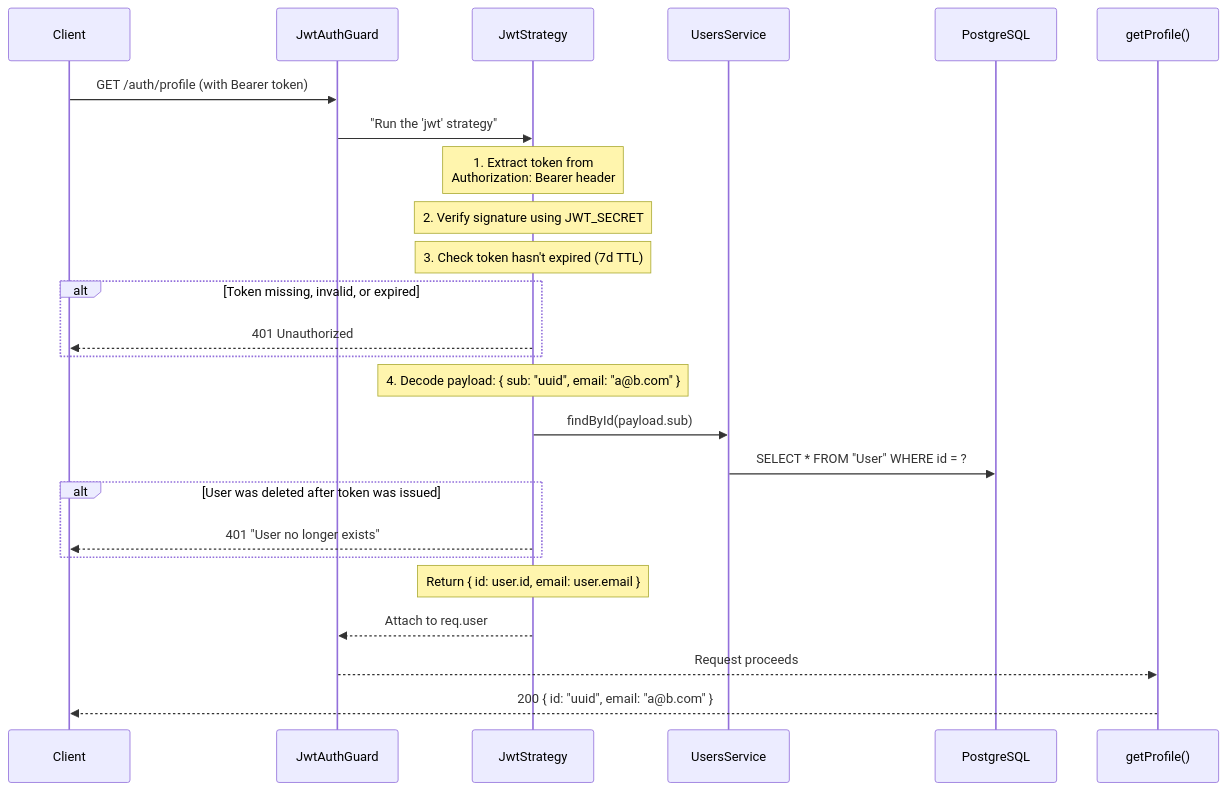
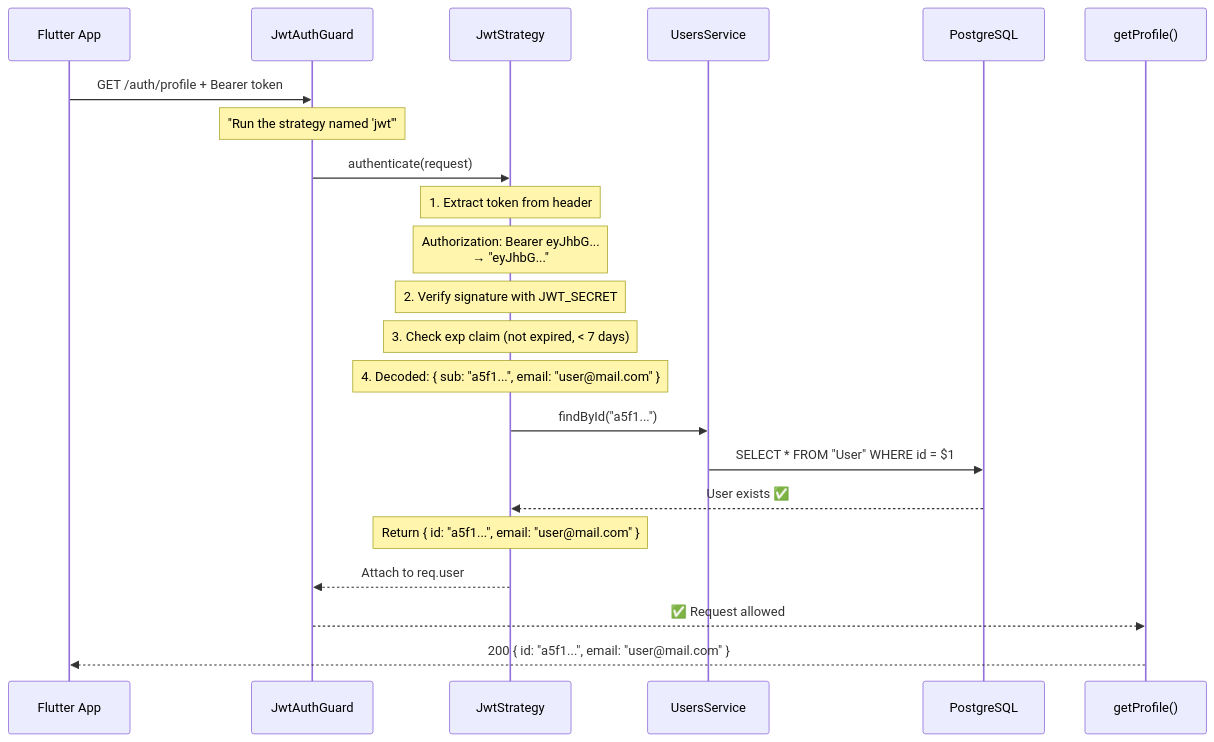
One commit to Mtigunit/music-room changed the fifth of 6 diagrams in backend/docs/auth_walkthrough.md. Above: the diagram before and after it, drawn with Mermaid. The commit also changed other lines of this file and 16 other files, not shown here.

First line of the commit message:
feat(auth): add email OTP verification before registration

````diff
--- a/backend/docs/auth_walkthrough.md
+++ b/backend/docs/auth_walkthrough.md
@@ -151,33 +410,33 @@
 ```mermaid
 sequenceDiagram
-    participant Client
+    participant Client as Flutter App
     participant Guard as JwtAuthGuard
     participant Strategy as JwtStrategy
     participant Users as UsersService
     participant DB as PostgreSQL
     participant Handler as getProfile()
 
-    Client->>Guard: GET /auth/profile (with Bearer token)
-    Guard->>Strategy: "Run the 'jwt' strategy"
-    
-    Note over Strategy: 1. Extract token from<br/>Authorization: Bearer header
-    Note over Strategy: 2. Verify signature using JWT_SECRET
-    Note over Strategy: 3. Check token hasn't expired (7d TTL)
-    
-    alt Token missing, invalid, or expired
-        Strategy-->>Client: 401 Unauthorized
-    end
-    
-    Note over Strategy: 4. Decode payload: { sub: "uuid", email: "a@b.com" }
-    Strategy->>Users: findById(payload.sub)
-    Users->>DB: SELECT * FROM "User" WHERE id = ?
-    
-    alt User was deleted after token was issued
-        Strategy-->>Client: 401 "User no longer exists"
-    end
-    
-    Note over Strategy: Return { id: user.id, email: user.email }
+    Client->>Guard: GET /auth/profile + Bearer token
+
+    Note over Guard: "Run the strategy named 'jwt'"
+    Guard->>Strategy: authenticate(request)
+
+    Note over Strategy: 1. Extract token from header
+    Note over Strategy: Authorization: Bearer eyJhbG...<br/>→ "eyJhbG..."
+
+    Note over Strategy: 2. Verify signature with JWT_SECRET
+    Note over Strategy: 3. Check exp claim (not expired, < 7 days)
+
+    Note over Strategy: 4. Decoded: { sub: "a5f1...", email: "user@mail.com" }
+
+    Strategy->>Users: findById("a5f1...")
+    Users->>DB: SELECT * FROM "User" WHERE id = $1
+    DB-->>Strategy: User exists ✅
+
+    Note over Strategy: Return { id: "a5f1...", email: "user@mail.com" }
+
     Strategy-->>Guard: Attach to req.user
-    Guard-->>Handler: Request proceeds
-    Handler-->>Client: 200 { id: "uuid", email: "a@b.com" }
+    Guard-->>Handler: ✅ Request allowed
+
+    Handler-->>Client: 200 { id: "a5f1...", email: "user@mail.com" }
 ```
````
